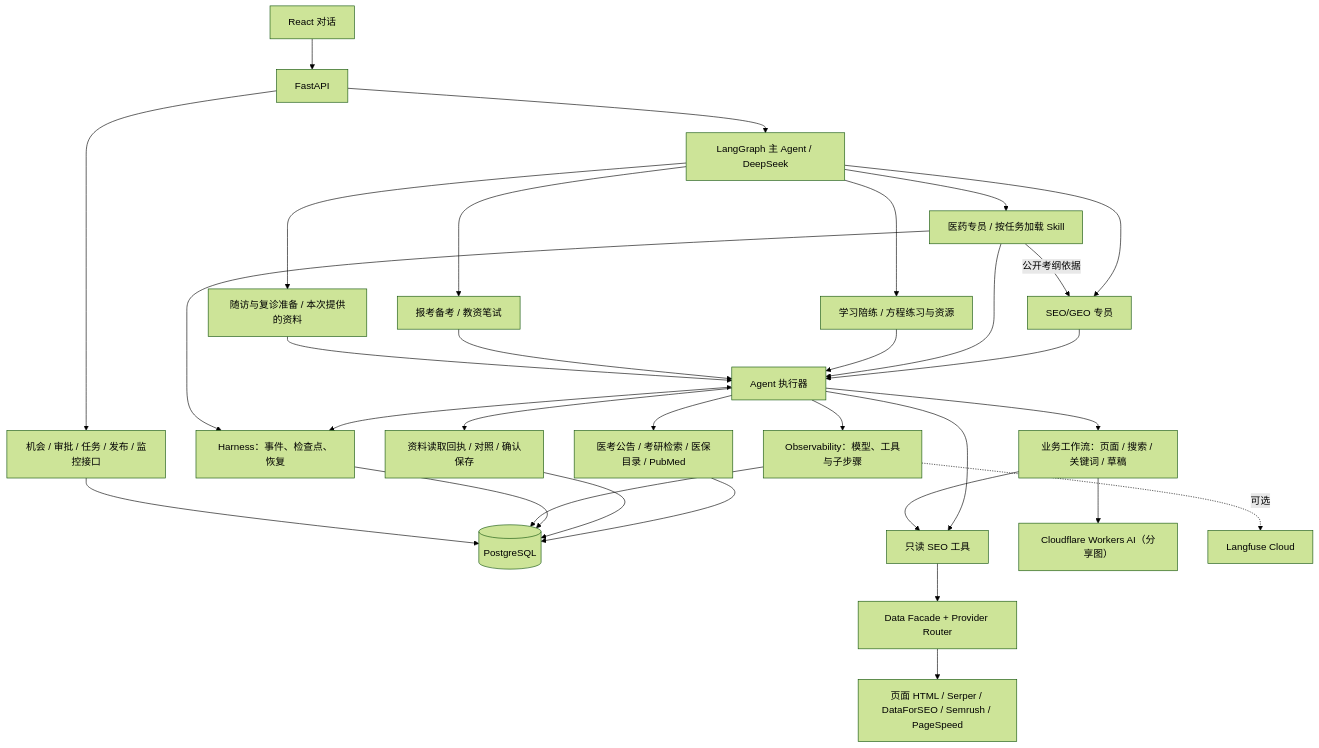
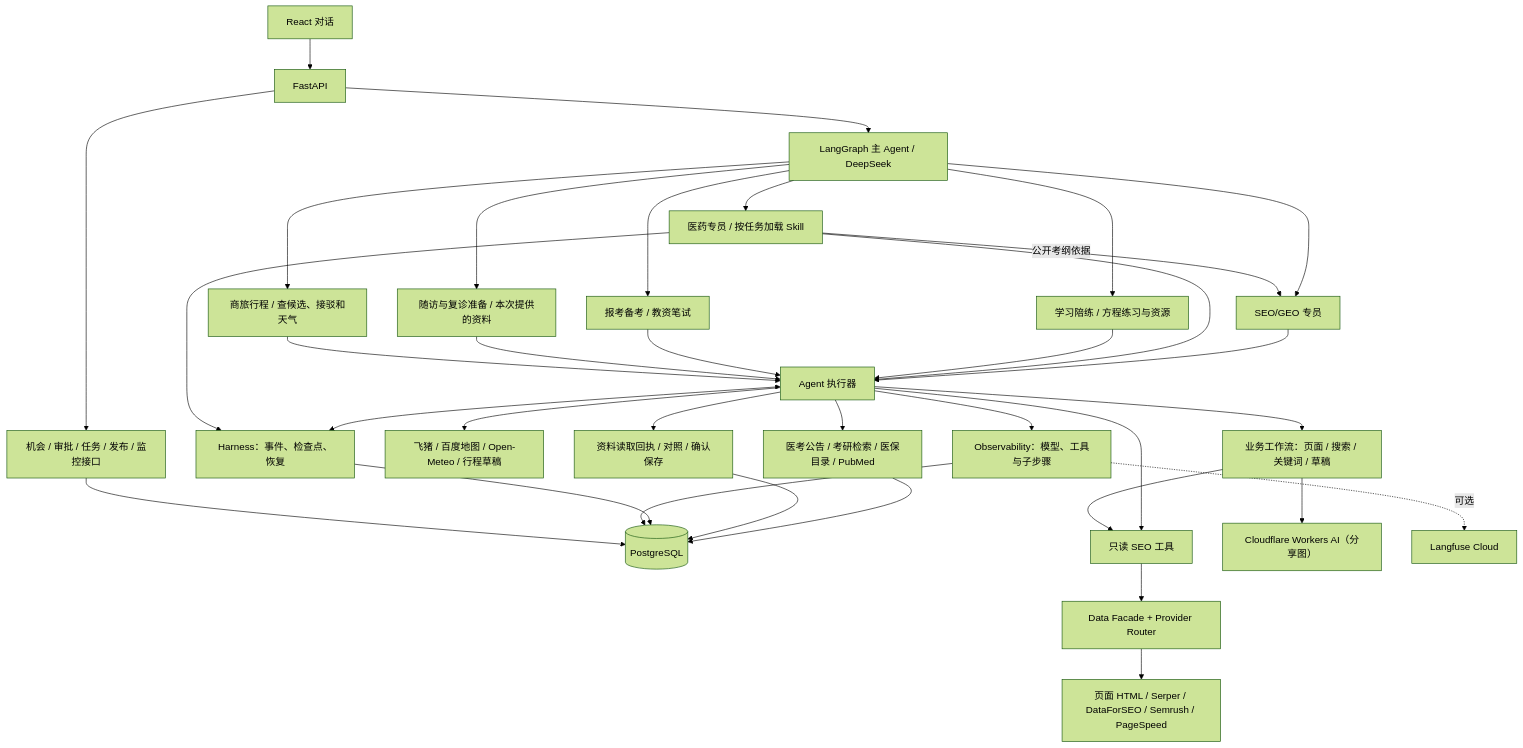
One commit to cheng-sir-0038/seo-diagnosis-agent changed the second of 3 diagrams in README.md. Above: the diagram before and after it, drawn with Mermaid (forest theme). The commit also changed other lines of this file and 26 other files, not shown here.

````diff
--- a/README.md
+++ b/README.md
@@ -61,34 +62,37 @@
 ```mermaid
 flowchart TB
     UI["React 对话"] --> API["FastAPI"]
     API --> MAIN["LangGraph 主 Agent / DeepSeek"]
     MAIN --> MED["医药专员 / 按任务加载 Skill"]
     MAIN --> SEO["SEO/GEO 专员"]
     MAIN --> LEARN["学习陪练 / 方程练习与资源"]
     MAIN --> EXAM["报考备考 / 教资笔试"]
     MAIN --> VISIT["随访与复诊准备 / 本次提供的资料"]
+    MAIN --> TRAVEL["商旅行程 / 查候选、接驳和天气"]
     MED -->|公开考纲依据| SEO
     SEO --> EXEC["Agent 执行器"]
     MED --> EXEC
     LEARN --> EXEC
     EXAM --> EXEC
     VISIT --> EXEC
+    TRAVEL --> EXEC
     EXEC --> HEALTH["医考公告 / 考研检索 / 医保目录 / PubMed"]
     HEALTH --> RUNDB
     EXEC --> FOLLOWUP["资料读取回执 / 对照 / 确认保存"]
     FOLLOWUP --> RUNDB
+    EXEC --> TRIP["飞猪 / 百度地图 / Open-Meteo / 行程草稿"]
     EXEC --> WF["业务工作流：页面 / 搜索 / 关键词 / 草稿"]
     EXEC --> TOOL["只读 SEO 工具"]
     WF --> TOOL
     WF --> CF["Cloudflare Workers AI（分享图）"]
     TOOL --> DATA["Data Facade + Provider Router"]
     DATA --> EXT["页面 HTML / Serper / DataForSEO / Semrush / PageSpeed"]
     EXEC <--> HARNESS["Harness：事件、检查点、恢复"]
     MED --> HARNESS
     HARNESS --> RUNDB[("PostgreSQL")]
     EXEC --> OBS["Observability：模型、工具与子步骤"]
     OBS --> RUNDB
     OBS -.->|可选| LF["Langfuse Cloud"]
     API --> BIZ["机会 / 审批 / 任务 / 发布 / 监控接口"]
     BIZ --> RUNDB
 ```
````
